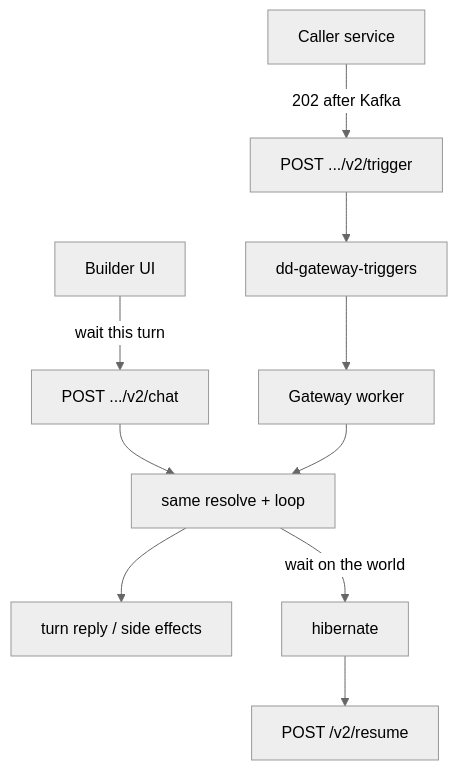
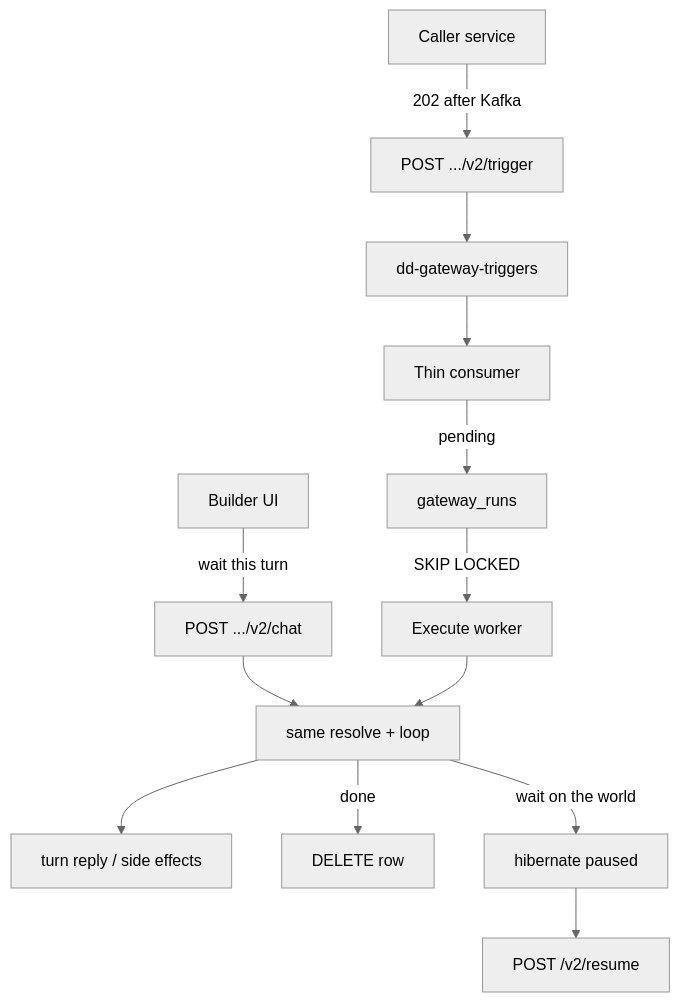
Before and after one commit to zekkrron/cs-knowledge-base: the first of 3 diagrams in Resume/Delhivery/03 - Agents and Orion.md, drawn with Mermaid (neutral theme). The commit also changed other lines of this file and 47 other files, not shown here.

````diff
--- a/Resume/Delhivery/03 - Agents and Orion.md
+++ b/Resume/Delhivery/03 - Agents and Orion.md
@@ -115,12 +149,15 @@
 ```mermaid
 flowchart TD
   Human[Builder UI] -->|wait this turn| Chat["POST .../v2/chat"]
   Svc[Caller service] -->|202 after Kafka| Trig["POST .../v2/trigger"]
   Trig --> K[dd-gateway-triggers]
-  K --> W[Gateway worker]
+  K --> Thin[Thin consumer]
+  Thin -->|pending| PG[gateway_runs]
+  PG -->|SKIP LOCKED| W[Execute worker]
   Chat --> Same[same resolve + loop]
   W --> Same
   Same --> Reply[turn reply / side effects]
-  Same -->|wait on the world| Hib[hibernate]
+  Same -->|done| Del[DELETE row]
+  Same -->|wait on the world| Hib[hibernate paused]
   Hib --> R["POST /v2/resume"]
 ```
````
